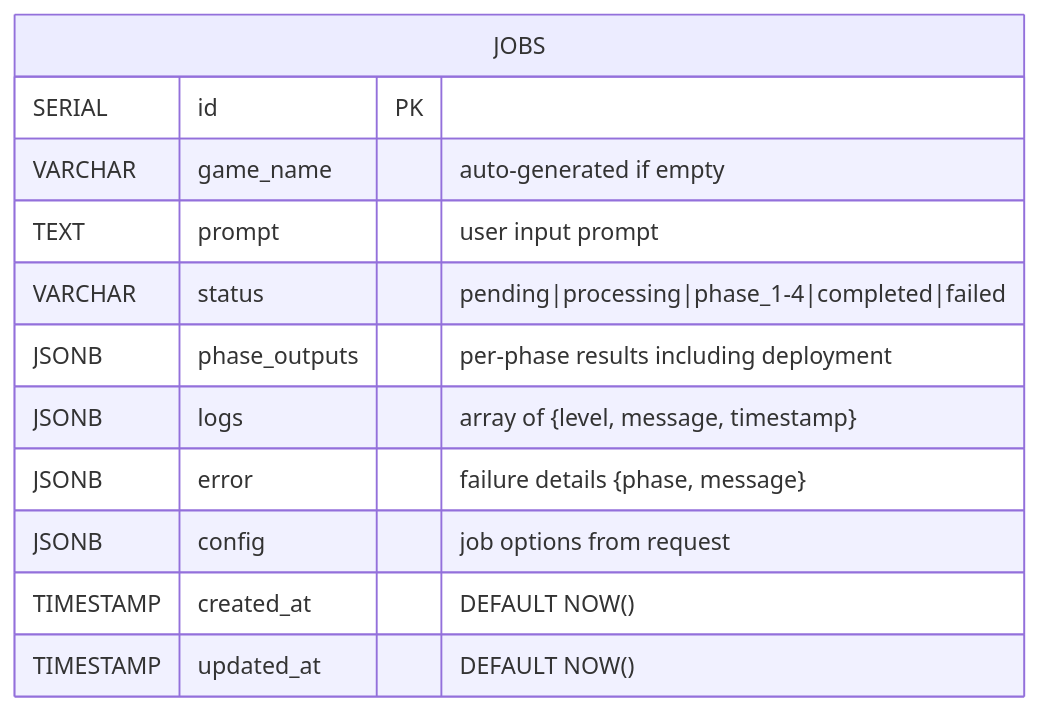
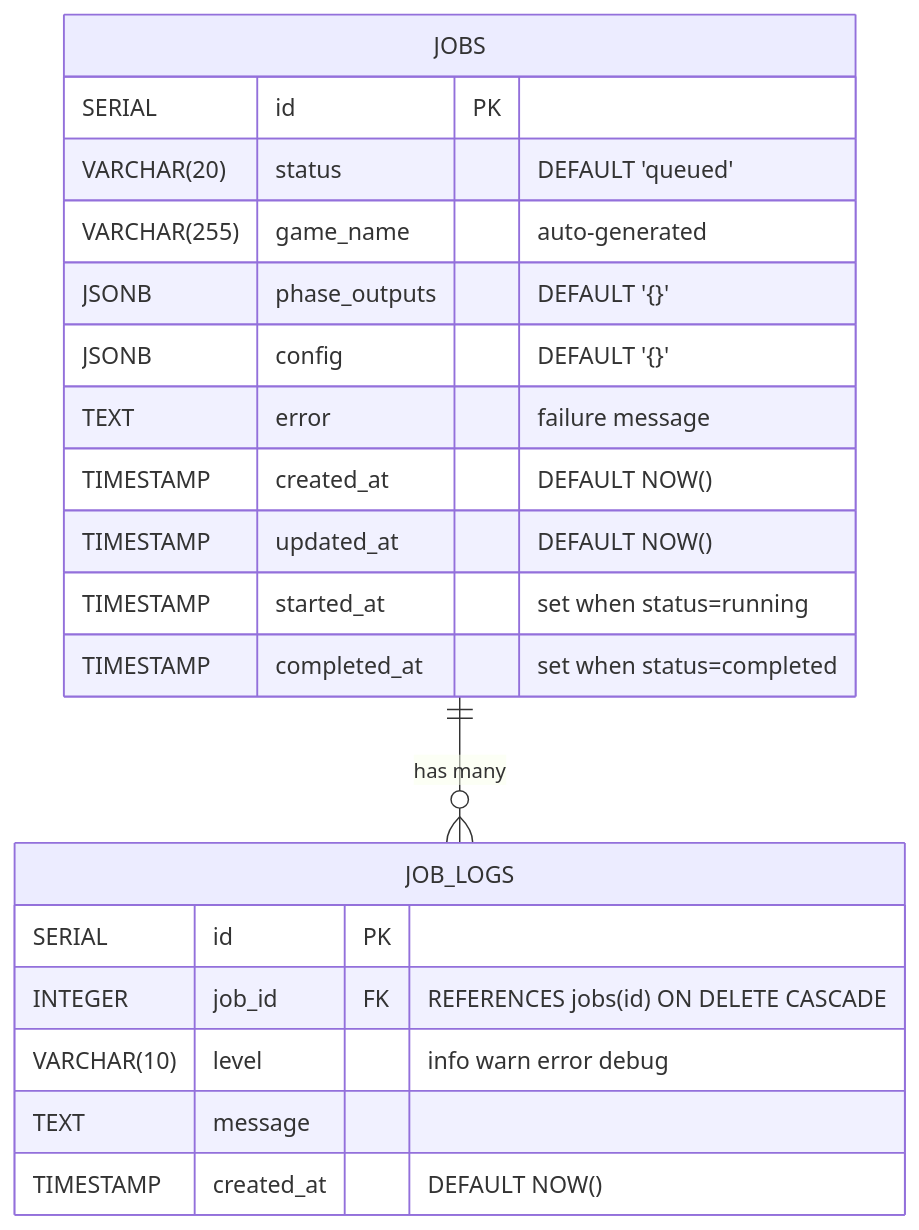
The first of 4 diagrams in AI/document/04-data-models.md (J-Gierend/gamePocGen), drawn with Mermaid before and after one commit. The commit also changed other lines of this file and 12 other files, not shown here.

First line of the commit message:
fix: regenerate all architecture docs from current source

````diff
--- a/AI/document/04-data-models.md
+++ b/AI/document/04-data-models.md
@@ -3,15 +3,25 @@
 ```mermaid
 erDiagram
     JOBS {
         SERIAL id PK
-        VARCHAR game_name "auto-generated if empty"
-        TEXT prompt "user input prompt"
-        VARCHAR status "pending|processing|phase_1-4|completed|failed"
-        JSONB phase_outputs "per-phase results including deployment"
-        JSONB logs "array of {level, message, timestamp}"
-        JSONB error "failure details {phase, message}"
-        JSONB config "job options from request"
+        VARCHAR(20) status "DEFAULT 'queued'"
+        VARCHAR(255) game_name "auto-generated"
+        JSONB phase_outputs "DEFAULT '{}'"
+        JSONB config "DEFAULT '{}'"
+        TEXT error "failure message"
         TIMESTAMP created_at "DEFAULT NOW()"
         TIMESTAMP updated_at "DEFAULT NOW()"
+        TIMESTAMP started_at "set when status=running"
+        TIMESTAMP completed_at "set when status=completed"
     }
+
+    JOB_LOGS {
+        SERIAL id PK
+        INTEGER job_id FK "REFERENCES jobs(id) ON DELETE CASCADE"
+        VARCHAR(10) level "info warn error debug"
+        TEXT message
+        TIMESTAMP created_at "DEFAULT NOW()"
+    }
+
+    JOBS ||--o{ JOB_LOGS : "has many"
 ```
````
